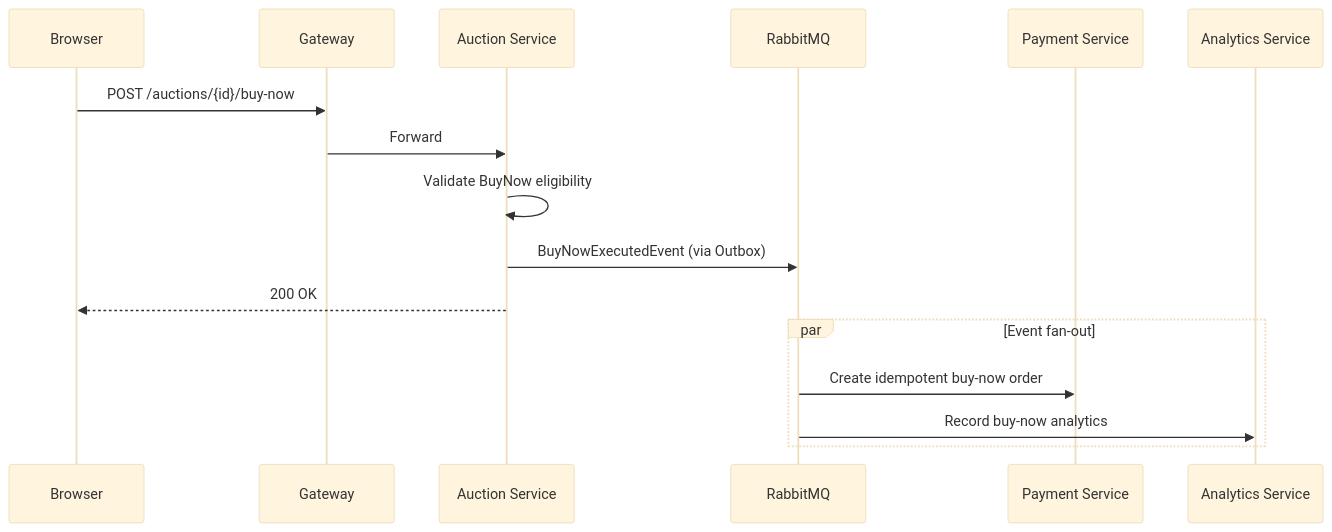
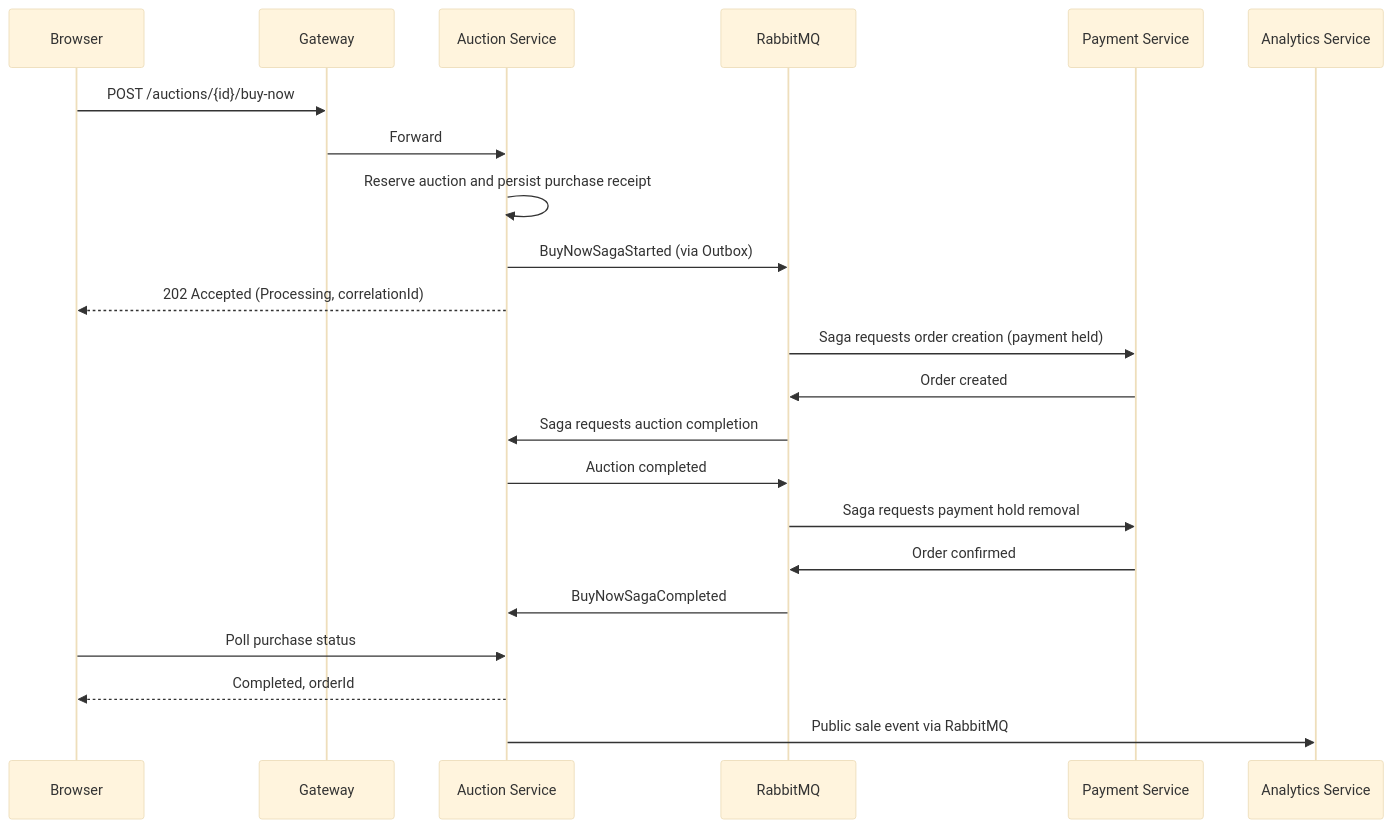
Before and after one commit to blanho/auction-platform-microservices: the fifth of 8 diagrams in README.md, drawn with Mermaid (base theme). The commit also changed other lines of this file and 125 other files, not shown here.

Commit message:
feat: add durable auction orchestration and purchase recovery

````diff
--- a/README.md
+++ b/README.md
@@ -315,20 +315,25 @@
 ```mermaid
 sequenceDiagram
     participant B as Browser
     participant GW as Gateway
     participant AUC as Auction Service
     participant MQ as RabbitMQ
     participant PAY as Payment Service
     participant ANA as Analytics Service
 
     B->>GW: POST /auctions/{id}/buy-now
     GW->>AUC: Forward
-    AUC->>AUC: Validate BuyNow eligibility
-    AUC->>MQ: BuyNowExecutedEvent (via Outbox)
-    AUC-->>B: 200 OK
-
-    par Event fan-out
-        MQ->>PAY: Create idempotent buy-now order
-        MQ->>ANA: Record buy-now analytics
-    end
+    AUC->>AUC: Reserve auction and persist purchase receipt
+    AUC->>MQ: BuyNowSagaStarted (via Outbox)
+    AUC-->>B: 202 Accepted (Processing, correlationId)
+    MQ->>PAY: Saga requests order creation (payment held)
+    PAY->>MQ: Order created
+    MQ->>AUC: Saga requests auction completion
+    AUC->>MQ: Auction completed
+    MQ->>PAY: Saga requests payment hold removal
+    PAY->>MQ: Order confirmed
+    MQ->>AUC: BuyNowSagaCompleted
+    B->>AUC: Poll purchase status
+    AUC-->>B: Completed, orderId
+    AUC->>ANA: Public sale event via RabbitMQ
 ```
````
